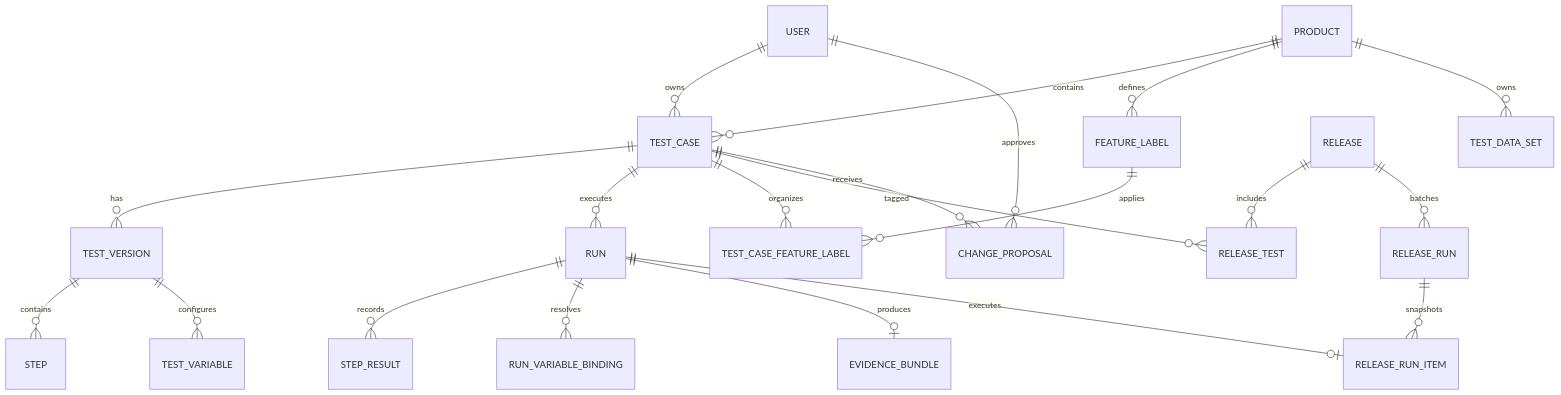
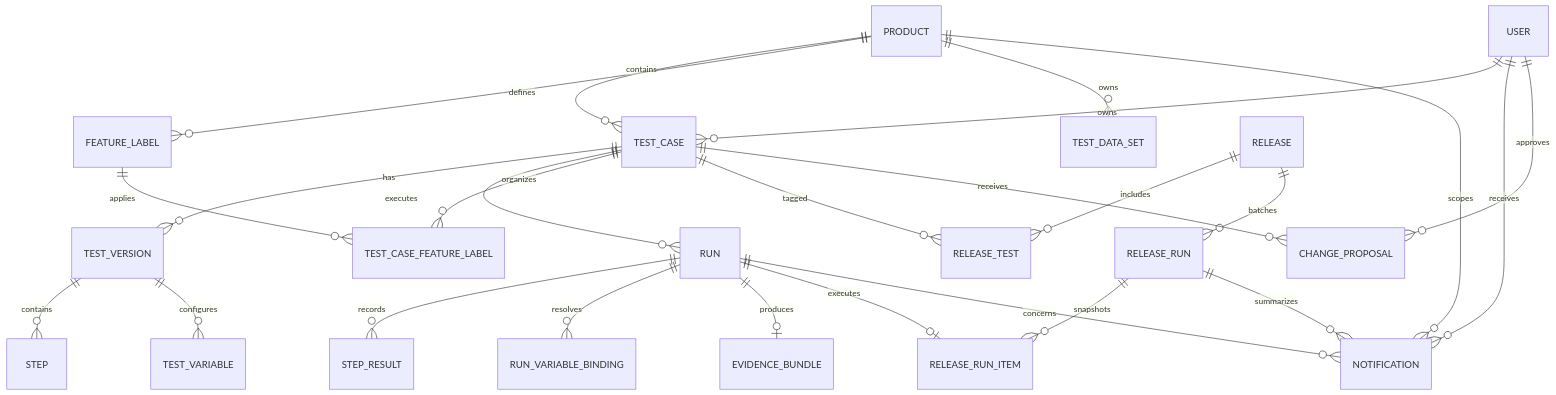
The second of 2 diagrams in architecture.md (Devilcoder2/testing-agent-project), drawn with Mermaid before and after one commit. The commit also changed other lines of this file, not shown here.

Commit message:
docs: describe phase 6 notification architecture

````diff
--- a/architecture.md
+++ b/architecture.md
@@ -76,23 +76,27 @@
 ```mermaid
 erDiagram
     USER ||--o{ TEST_CASE : owns
     PRODUCT ||--o{ TEST_CASE : contains
     TEST_CASE ||--o{ TEST_VERSION : has
     TEST_VERSION ||--o{ STEP : contains
     TEST_CASE ||--o{ RUN : executes
     TEST_VERSION ||--o{ TEST_VARIABLE : configures
     PRODUCT ||--o{ FEATURE_LABEL : defines
     TEST_CASE ||--o{ TEST_CASE_FEATURE_LABEL : organizes
     FEATURE_LABEL ||--o{ TEST_CASE_FEATURE_LABEL : applies
     PRODUCT ||--o{ TEST_DATA_SET : owns
     RUN ||--o{ STEP_RESULT : records
     RUN ||--o{ RUN_VARIABLE_BINDING : resolves
     RUN ||--o| EVIDENCE_BUNDLE : produces
     RELEASE ||--o{ RELEASE_TEST : includes
     TEST_CASE ||--o{ RELEASE_TEST : tagged
     RELEASE ||--o{ RELEASE_RUN : batches
     RELEASE_RUN ||--o{ RELEASE_RUN_ITEM : snapshots
     RUN ||--o| RELEASE_RUN_ITEM : executes
+    USER ||--o{ NOTIFICATION : receives
+    PRODUCT ||--o{ NOTIFICATION : scopes
+    RUN ||--o{ NOTIFICATION : concerns
+    RELEASE_RUN ||--o{ NOTIFICATION : summarizes
     TEST_CASE ||--o{ CHANGE_PROPOSAL : receives
     USER ||--o{ CHANGE_PROPOSAL : approves
 ```
````
